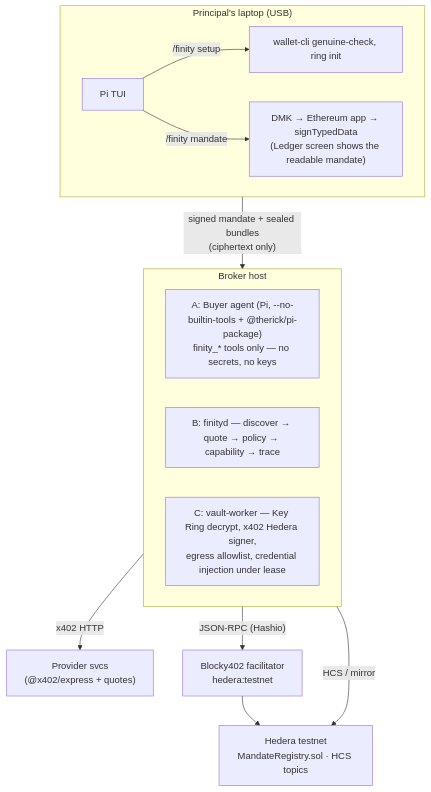
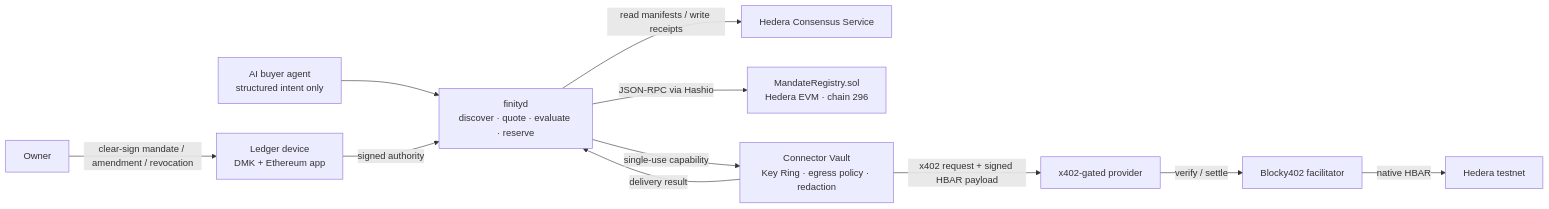
The diagram in README.md (Ithaca-Labs/finity), drawn with Mermaid before and after one commit. The commit also changed other lines of this file, not shown here.

````diff
--- a/README.md
+++ b/README.md
@@ -60,21 +32,14 @@
 ```mermaid
-flowchart TB
-    subgraph Laptop["Principal's laptop (USB)"]
-        TUI["Pi TUI"]
-        TUI -->|"/finity setup"| WalletCli["wallet-cli genuine-check, ring init"]
-        TUI -->|"/finity mandate"| DMK["DMK → Ethereum app → signTypedData<br/>(Ledger screen shows the readable mandate)"]
-    end
+flowchart LR
+    Owner["Owner"] -->|"clear-sign mandate / amendment / revocation"| Ledger["Ledger device<br/>DMK + Ethereum app"]
+    Agent["AI buyer agent<br/>structured intent only"] --> Broker["finityd<br/>discover · quote · evaluate · reserve"]
+    Ledger -->|"signed authority"| Broker
 
-    Laptop -->|"signed mandate + sealed bundles<br/>(ciphertext only)"| Broker
-
-    subgraph Broker["Broker host"]
-        A["A: Buyer agent (Pi, --no-builtin-tools + @therick/pi-package)<br/>finity_* tools only — no secrets, no keys"]
-        B["B: finityd — discover → quote → policy → capability → trace"]
-        C["C: vault-worker — Key Ring decrypt, x402 Hedera signer,<br/>egress allowlist, credential injection under lease"]
-    end
-
-    Broker -->|"x402 HTTP"| Provider["Provider svcs<br/>(@x402/express + quotes)"]
-    Broker -->|"JSON-RPC (Hashio)"| Facilitator["Blocky402 facilitator<br/>hedera:testnet"]
-    Broker -->|"HCS / mirror"| Hedera["Hedera testnet<br/>MandateRegistry.sol · HCS topics"]
-    Facilitator --> Hedera
+    Broker -->|"read manifests / write receipts"| HCS["Hedera Consensus Service"]
+    Broker -->|"JSON-RPC via Hashio"| Registry["MandateRegistry.sol<br/>Hedera EVM · chain 296"]
+    Broker -->|"single-use capability"| Vault["Connector Vault<br/>Key Ring · egress policy · redaction"]
+    Vault -->|"x402 request + signed HBAR payload"| Provider["x402-gated provider"]
+    Provider -->|"verify / settle"| Blocky["Blocky402 facilitator"]
+    Blocky -->|"native HBAR"| Hedera["Hedera testnet"]
+    Vault -->|"delivery result"| Broker
 ```
````
